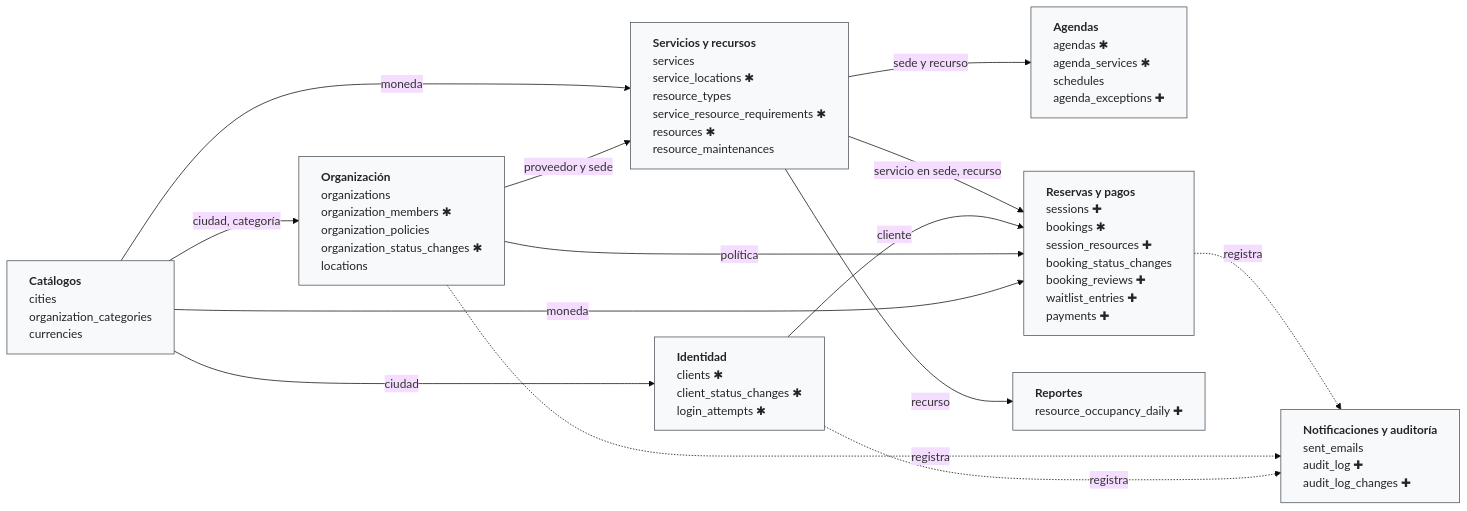
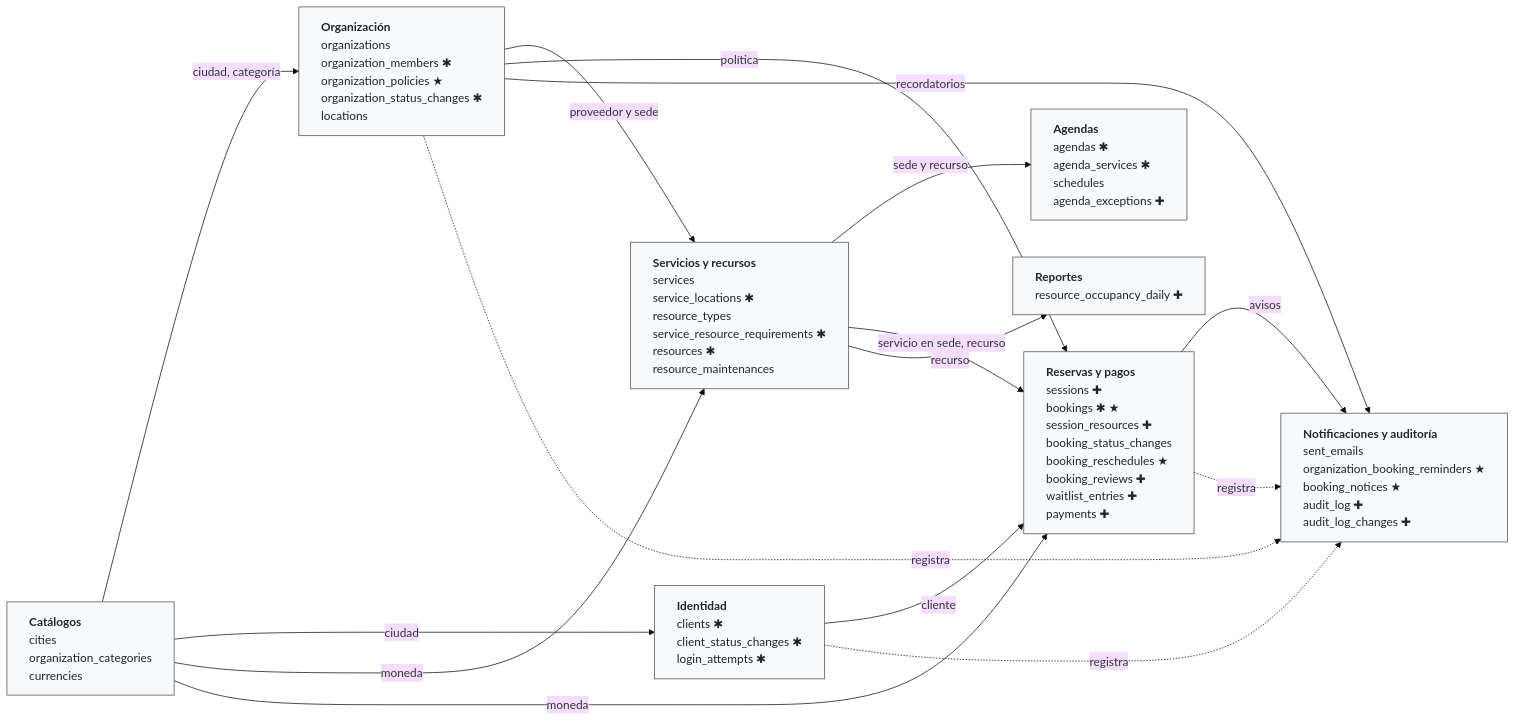
Before and after one commit to andersonhg19/bookingplatform-BDs: the first of 4 diagrams in README.md, drawn with Mermaid (base theme). The commit also changed other lines of this file and 1 other file, not shown here.

````diff
--- a/README.md
+++ b/README.md
@@ -118,29 +133,31 @@
 ```mermaid
 %%{init: {"flowchart": {"wrappingWidth": 320}}}%%
 flowchart LR
     CAT["<b>Catálogos</b><br/>cities<br/>organization_categories<br/>currencies"]
     IDE["<b>Identidad</b><br/>clients ✱<br/>client_status_changes ✱<br/>login_attempts ✱"]
-    ORG["<b>Organización</b><br/>organizations<br/>organization_members ✱<br/>organization_policies<br/>organization_status_changes ✱<br/>locations"]
+    ORG["<b>Organización</b><br/>organizations<br/>organization_members ✱<br/>organization_policies ★<br/>organization_status_changes ✱<br/>locations"]
     SER["<b>Servicios y recursos</b><br/>services<br/>service_locations ✱<br/>resource_types<br/>service_resource_requirements ✱<br/>resources ✱<br/>resource_maintenances"]
     AGE["<b>Agendas</b><br/>agendas ✱<br/>agenda_services ✱<br/>schedules<br/>agenda_exceptions ✚"]
-    RES["<b>Reservas y pagos</b><br/>sessions ✚<br/>bookings ✱<br/>session_resources ✚<br/>booking_status_changes<br/>booking_reviews ✚<br/>waitlist_entries ✚<br/>payments ✚"]
+    RES["<b>Reservas y pagos</b><br/>sessions ✚<br/>bookings ✱ ★<br/>session_resources ✚<br/>booking_status_changes<br/>booking_reschedules ★<br/>booking_reviews ✚<br/>waitlist_entries ✚<br/>payments ✚"]
     REP["<b>Reportes</b><br/>resource_occupancy_daily ✚"]
-    AUD["<b>Notificaciones y auditoría</b><br/>sent_emails<br/>audit_log ✚<br/>audit_log_changes ✚"]
+    AUD["<b>Notificaciones y auditoría</b><br/>sent_emails<br/>organization_booking_reminders ★<br/>booking_notices ★<br/>audit_log ✚<br/>audit_log_changes ✚"]
 
     CAT -->|ciudad, categoría| ORG
     CAT -->|ciudad| IDE
     CAT -->|moneda| SER
     ORG -->|proveedor y sede| SER
     SER -->|sede y recurso| AGE
     SER -->|servicio en sede, recurso| RES
     IDE -->|cliente| RES
     ORG -->|política| RES
     CAT -->|moneda| RES
     SER -->|recurso| REP
+    RES -->|avisos| AUD
+    ORG -->|recordatorios| AUD
     RES -. registra .-> AUD
     ORG -. registra .-> AUD
     IDE -. registra .-> AUD
 
     classDef dominio fill:#f8f9fa,stroke:#495057,color:#212529,text-align:left
     class CAT,IDE,ORG,SER,AGE,RES,REP,AUD dominio
 ```
````
